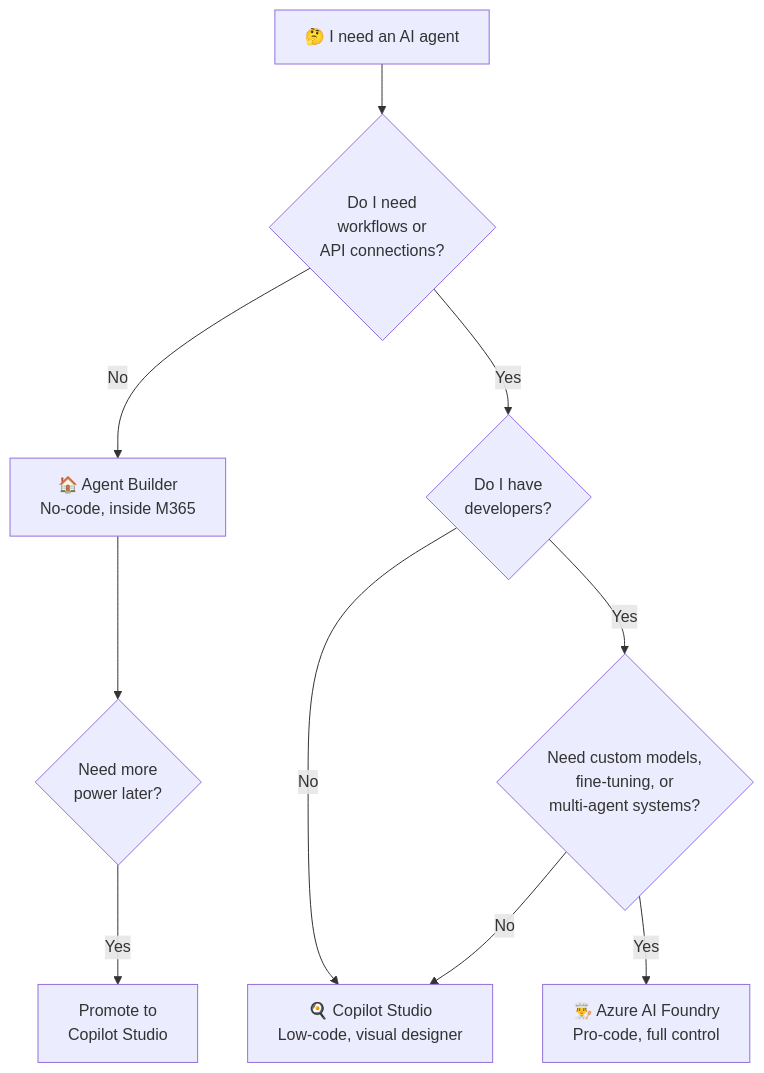
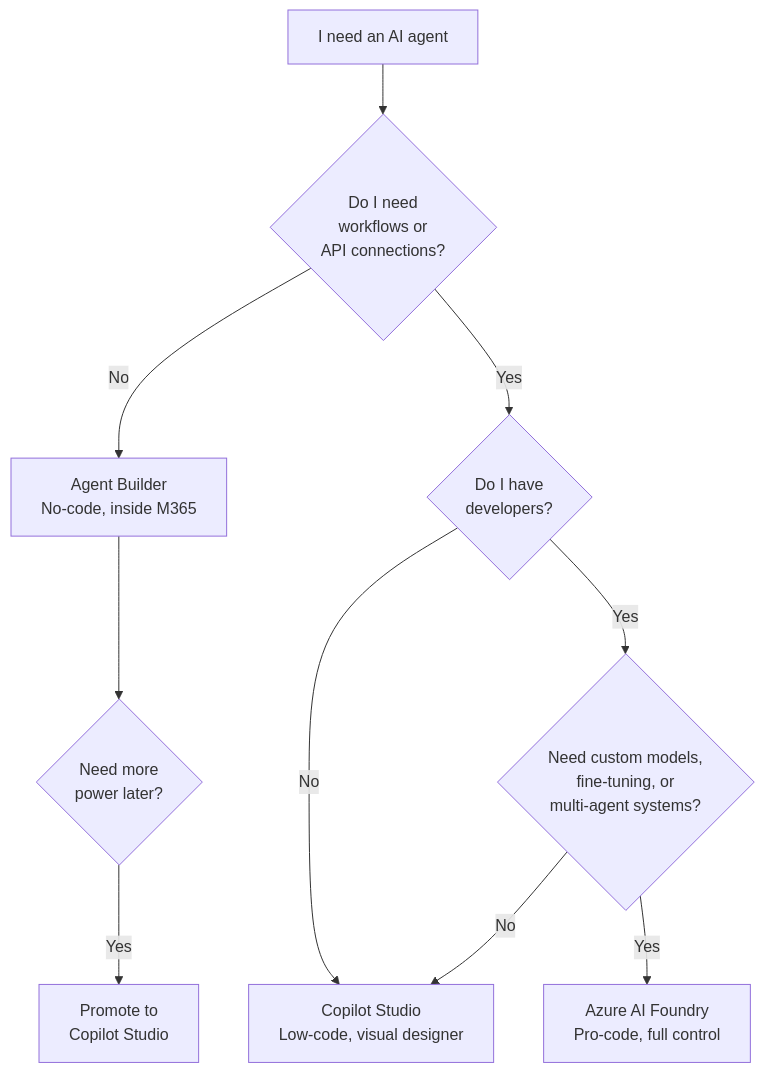
One commit to susanthgit/aguidetocloud-revamp changed the first of 2 diagrams in content/blog/agent-builder-vs-copilot-studio-vs-foundry.md. Above: the diagram before and after it, drawn with Mermaid. The commit also changed other lines of this file and 553 other files, not shown here.

First line of the commit message:
🌸 Z17: Zen Mermaid diagrams — Stripe Docs style

````diff
--- a/content/blog/agent-builder-vs-copilot-studio-vs-foundry.md
+++ b/content/blog/agent-builder-vs-copilot-studio-vs-foundry.md
@@ -91,12 +91,12 @@
 ```mermaid
 flowchart TD
-    A["🤔 I need an AI agent"] --> B{"Do I need<br/>workflows or<br/>API connections?"}
-    B -->|No| C["🏠 Agent Builder<br/>No-code, inside M365"]
+    A["I need an AI agent"] --> B{"Do I need<br/>workflows or<br/>API connections?"}
+    B -->|No| C["Agent Builder<br/>No-code, inside M365"]
     C --> D{"Need more<br/>power later?"}
     D -->|Yes| E["Promote to<br/>Copilot Studio"]
     B -->|Yes| F{"Do I have<br/>developers?"}
-    F -->|No| G["🍳 Copilot Studio<br/>Low-code, visual designer"]
+    F -->|No| G["Copilot Studio<br/>Low-code, visual designer"]
     F -->|Yes| H{"Need custom models,<br/>fine-tuning, or<br/>multi-agent systems?"}
     H -->|No| G
-    H -->|Yes| I["👨‍🍳 Azure AI Foundry<br/>Pro-code, full control"]
+    H -->|Yes| I["‍Azure AI Foundry<br/>Pro-code, full control"]
 ```
````
